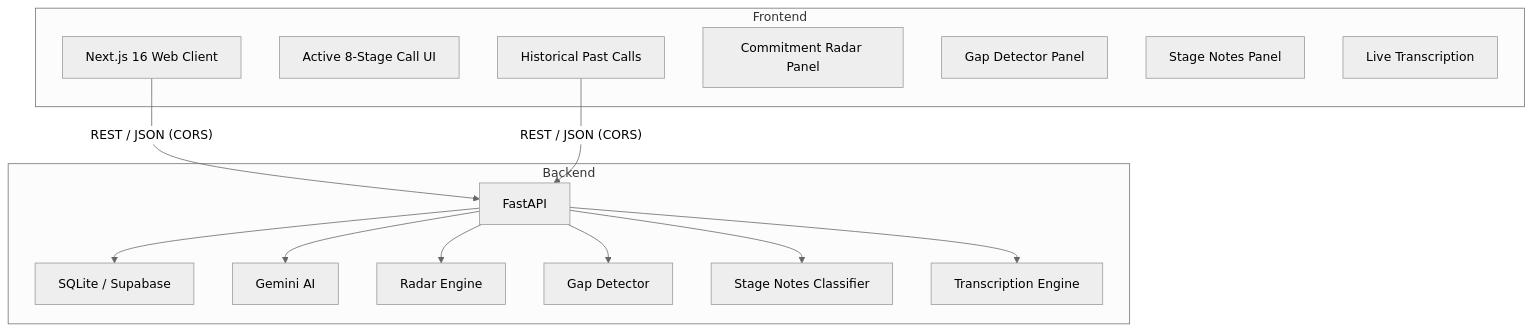
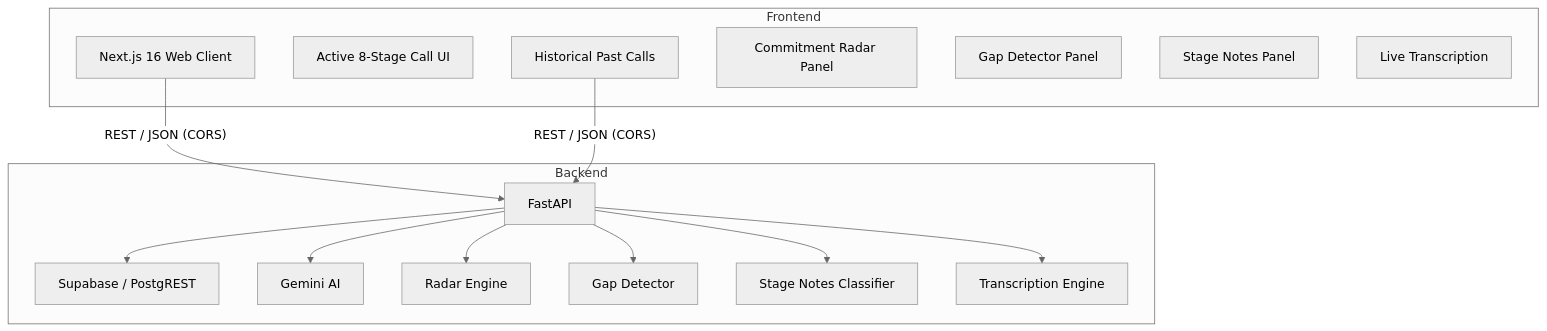
Before and after one commit to Ujwal-5/callflow: the diagram in README.md, drawn with Mermaid (neutral theme). The commit also changed other lines of this file and 9 other files, not shown here.

````diff
--- a/README.md
+++ b/README.md
@@ -26,31 +25,31 @@
 ```mermaid
 graph TD
     subgraph Frontend
         A[Next.js 16 Web Client]
         B[Active 8-Stage Call UI]
         C[Historical Past Calls]
         D[Commitment Radar Panel]
         E[Gap Detector Panel]
         F[Stage Notes Panel]
         G[Live Transcription]
     end
 
     subgraph Backend
         H[FastAPI]
-        I[SQLite / Supabase]
+        I[Supabase / PostgREST]
         J[Gemini AI]
         K[Radar Engine]
         L[Gap Detector]
         M[Stage Notes Classifier]
         N[Transcription Engine]
     end
 
     A -- REST / JSON (CORS) --> H
     C -- REST / JSON (CORS) --> H
     H --> I
     H --> J
     H --> K
     H --> L
     H --> M
     H --> N
 ```
````
